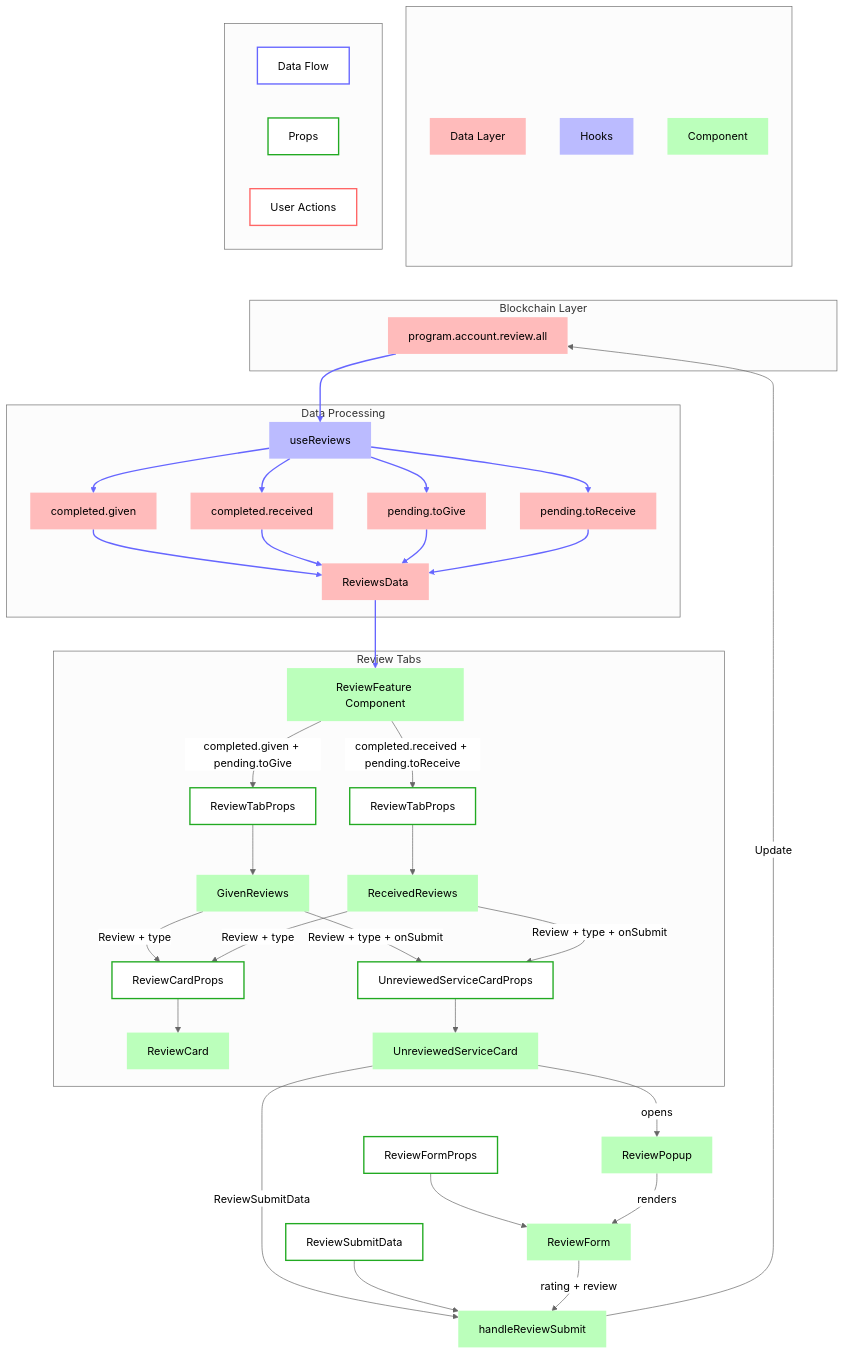
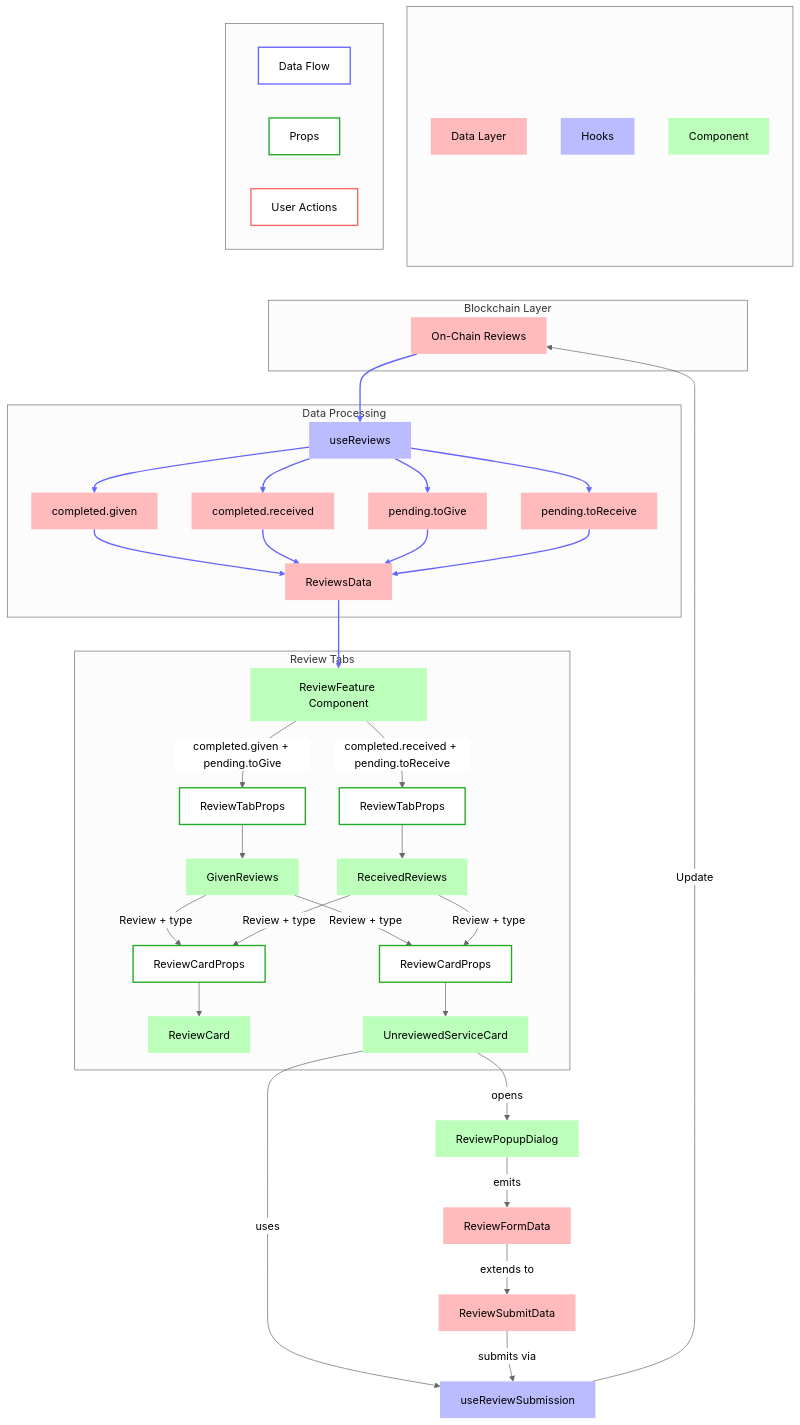
One commit to Gigentic/gigentic-frontend changed the diagram in web/components/review/review-detailed.md. Above: the diagram before and after it, drawn with Mermaid (neutral theme). The commit also changed 5 other files, not shown here.

Commit message:
clean up review diagrams

```diff
--- a/web/components/review/review-detailed.md
+++ b/web/components/review/review-detailed.md
@@ -46,30 +46,46 @@
       RCP[ReviewCardProps]:::prop
       RCP --> RC
       RC[ReviewCard]:::component
-      GR -->|"Review + type + onSubmit"| USCP
-      RR -->|"Review + type + onSubmit"| USCP
-      USCP[UnreviewedServiceCardProps]:::prop
+      GR -->|"Review + type"| USCP
+      RR -->|"Review + type"| USCP
+      USCP[ReviewCardProps]:::prop
       USC[UnreviewedServiceCard]:::component
       USCP --> USC
     end
 
-    RP[ReviewPopup]:::component
-    RFP[ReviewFormProps]:::prop
-    RFP --> RF2
-    RF2[ReviewForm]:::component
-    RSD[ReviewSubmitData]:::prop
+    %% Components
+    RPD[ReviewPopupDialog]:::component
 
-    HSR[handleReviewSubmit]:::component
+    %% Hooks and Data
+    URS[useReviewSubmission]:::hook
+    RFD[ReviewFormData]:::dataLayer
+    RSD[ReviewSubmitData]:::dataLayer
 
-    USC -->|"opens"| RP
-    RP -->|"renders"| RF2
+    %% Flow
+    USC -->|"opens"| RPD
+    USC -->|"uses"| URS
+    RPD -->|"emits"| RFD
+    RFD -->|"extends to"| RSD
+    RSD -->|"submits via"| URS
+    URS -->|"Update"| CR[On-Chain Reviews]:::dataLayer
 
 
-    %% Submit Flow
-    USC -->|"ReviewSubmitData"| HSR
-    RSD --> HSR
-    RF2 -->|"rating + review"| HSR
-    HSR -->|"Update"| CR
+
+    %% RP[ReviewPopup]:::component
+    %% RFP[ReviewFormProps]:::prop
+    %% RFP --> RF2
+    %% RF2[ReviewForm]:::component
+    %% RSD[ReviewSubmitData]:::prop
+
+    %% HSR[handleReviewSubmit]:::component
+
+
+
+    %% %% Submit Flow
+    %% USC -->|"ReviewSubmitData"| HSR
+    %% RSD --> HSR
+    %% RF2 -->|"rating + review"| HSR
+    %% HSR -->|"Update"| CR
 
     L1 ~~~ CR
 
```
